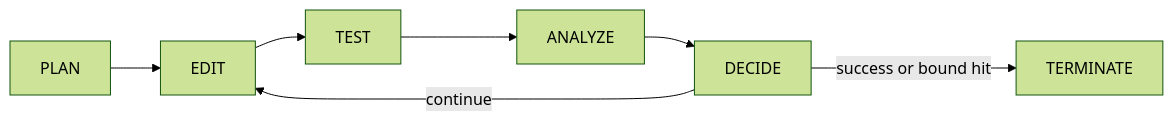
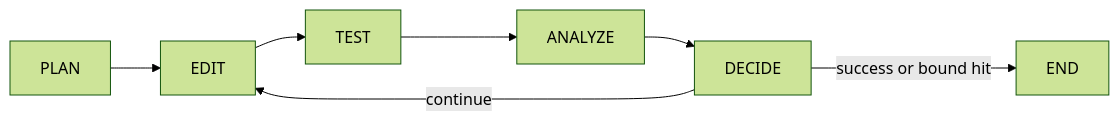
The diagram in README.md (vimalkumarpatel/loop-fixer), drawn with Mermaid (forest theme) before and after one commit. The commit also changed other lines of this file and 11 other files, not shown here.

````diff
--- a/README.md
+++ b/README.md
@@ -182,6 +187,6 @@
 ```mermaid
 flowchart LR
     PLAN --> EDIT --> TEST --> ANALYZE --> DECIDE
     DECIDE -- "continue" --> EDIT
-    DECIDE -- "success or bound hit" --> TERMINATE
+    DECIDE -- "success or bound hit" --> END
 ```
````
